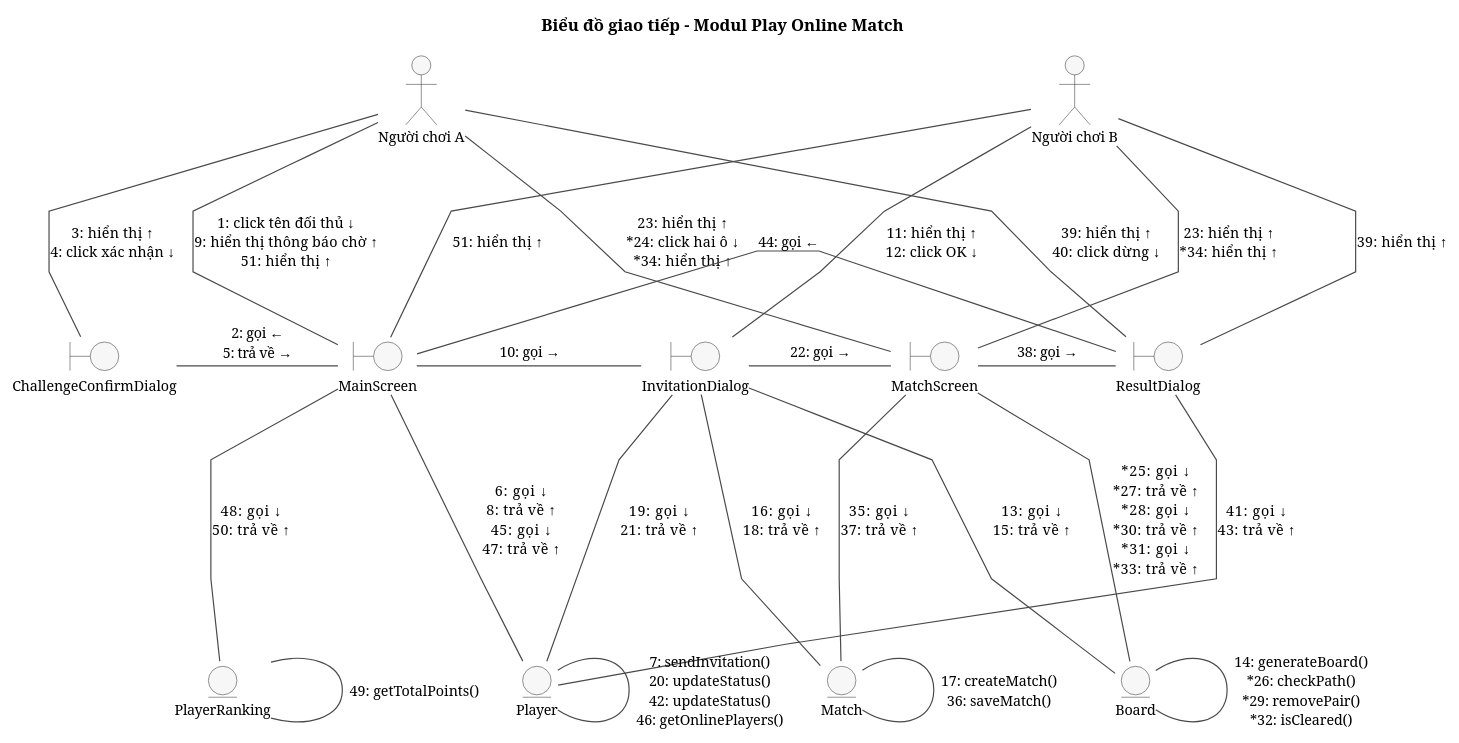
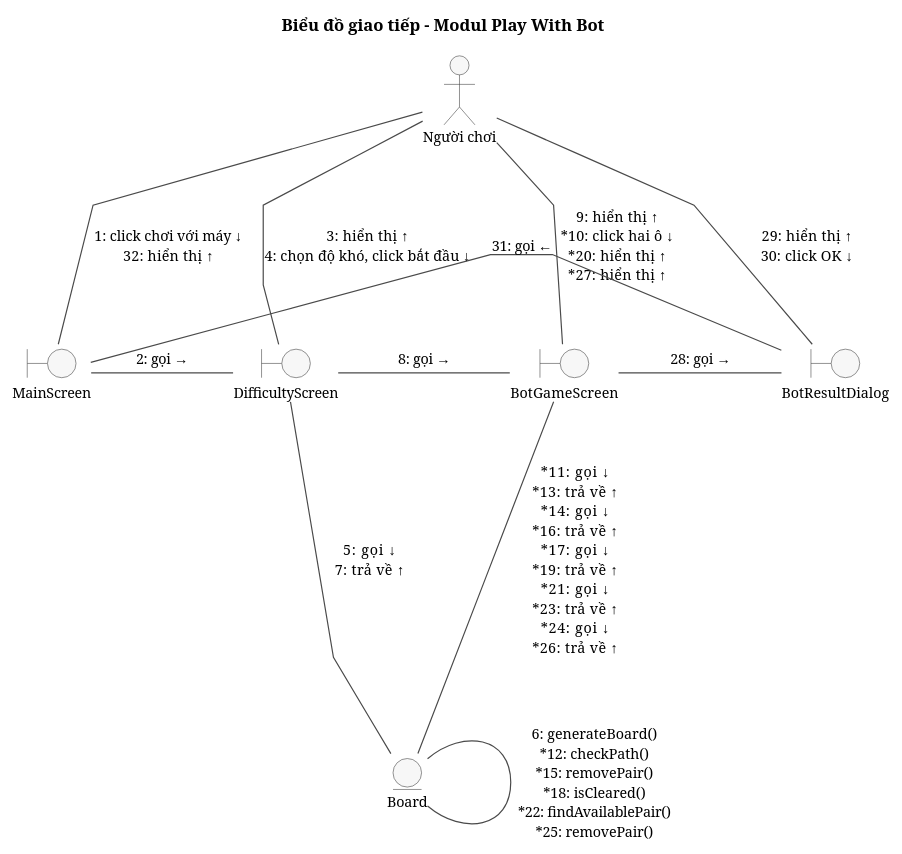
One commit to VattenL/mobile-pikachu changed the diagram in docs/uml/pha2/comm-m3.puml. Above: the diagram before and after it, drawn with PlantUML. The commit also changed 75 other files, not shown here.

```diff
--- a/docs/uml/pha2/comm-m3.puml
+++ b/docs/uml/pha2/comm-m3.puml
@@ -1,65 +1,43 @@
 @startuml comm-m3
-title Biểu đồ giao tiếp - Modul Play Online Match
+title Biểu đồ giao tiếp - Modul Play With Bot
 
 skinparam shadowing false
 skinparam linetype polyline
-skinparam nodesep 60
-skinparam ranksep 110
+skinparam nodesep 70
+skinparam ranksep 100
 skinparam defaultFontSize 12
 skinparam ArrowColor #4A4A4A
 skinparam actor {
   BackgroundColor #F7F7F7
   BorderColor #4A4A4A
 }
 skinparam boundary {
   BackgroundColor #F7F7F7
   BorderColor #4A4A4A
 }
 skinparam entity {
   BackgroundColor #F7F7F7
   BorderColor #4A4A4A
 }
 
-actor "Người chơi B" as B
-actor "Người chơi A" as A
+actor "Người chơi" as Actor
 
-boundary ChallengeConfirmDialog
 boundary MainScreen
-boundary InvitationDialog
-boundary MatchScreen
-boundary ResultDialog
+boundary DifficultyScreen
+boundary BotGameScreen
+boundary BotResultDialog
 
-entity Player
-entity PlayerRanking
-entity Match
 entity Board
 
-A -down- MainScreen : "1: click tên đối thủ ↓\n9: hiển thị thông báo chờ ↑\n51: hiển thị ↑"
-A -down- ChallengeConfirmDialog : "3: hiển thị ↑\n4: click xác nhận ↓"
-B -down- MainScreen : "51: hiển thị ↑"
-B -down- InvitationDialog : "11: hiển thị ↑\n12: click OK ↓"
-A -down- MatchScreen : "23: hiển thị ↑\n<U+002A>24: click hai ô ↓\n<U+002A>34: hiển thị ↑"
-B -down- MatchScreen : "23: hiển thị ↑\n<U+002A>34: hiển thị ↑"
-A -down- ResultDialog : "39: hiển thị ↑\n40: click dừng ↓"
-B -down- ResultDialog : "39: hiển thị ↑"
-
-ChallengeConfirmDialog -right- MainScreen : "2: gọi ←\n5: trả về →"
-MainScreen -right- InvitationDialog : "10: gọi →"
-InvitationDialog -right- MatchScreen : "22: gọi →"
-MatchScreen -right- ResultDialog : "38: gọi →"
-ResultDialog -[norank]- MainScreen : "44: gọi ←"
-
-MainScreen -down- Player : "6: gọi ↓\n8: trả về ↑\n45: gọi ↓\n47: trả về ↑"
-MainScreen -down- PlayerRanking : "48: gọi ↓\n50: trả về ↑"
-InvitationDialog -down- Board : "13: gọi ↓\n15: trả về ↑"
-InvitationDialog -down- Match : "16: gọi ↓\n18: trả về ↑"
-InvitationDialog -down- Player : "19: gọi ↓\n21: trả về ↑"
-MatchScreen -down- Board : "<U+002A>25: gọi ↓\n<U+002A>27: trả về ↑\n<U+002A>28: gọi ↓\n<U+002A>30: trả về ↑\n<U+002A>31: gọi ↓\n<U+002A>33: trả về ↑"
-MatchScreen -down- Match : "35: gọi ↓\n37: trả về ↑"
-ResultDialog -down- Player : "41: gọi ↓\n43: trả về ↑"
-
-Player -[norank]- Player : "7: sendInvitation()\n20: updateStatus()\n42: updateStatus()\n46: getOnlinePlayers()"
-PlayerRanking -[norank]- PlayerRanking : "49: getTotalPoints()"
-Match -[norank]- Match : "17: createMatch()\n36: saveMatch()"
-Board -[norank]- Board : "14: generateBoard()\n<U+002A>26: checkPath()\n<U+002A>29: removePair()\n<U+002A>32: isCleared()"
+Actor -down- MainScreen : "1: click chơi với máy ↓\n32: hiển thị ↑"
+Actor -down- DifficultyScreen : "3: hiển thị ↑\n4: chọn độ khó, click bắt đầu ↓"
+Actor -down- BotGameScreen : "9: hiển thị ↑\n<U+002A>10: click hai ô ↓\n<U+002A>20: hiển thị ↑\n<U+002A>27: hiển thị ↑"
+Actor -down- BotResultDialog : "29: hiển thị ↑\n30: click OK ↓"
+MainScreen -right- DifficultyScreen : "2: gọi →"
+DifficultyScreen -right- BotGameScreen : "8: gọi →"
+BotGameScreen -right- BotResultDialog : "28: gọi →"
+BotResultDialog -[norank]- MainScreen : "31: gọi ←"
+DifficultyScreen -down- Board : "5: gọi ↓\n7: trả về ↑"
+BotGameScreen -down- Board : "<U+002A>11: gọi ↓\n<U+002A>13: trả về ↑\n<U+002A>14: gọi ↓\n<U+002A>16: trả về ↑\n<U+002A>17: gọi ↓\n<U+002A>19: trả về ↑\n<U+002A>21: gọi ↓\n<U+002A>23: trả về ↑\n<U+002A>24: gọi ↓\n<U+002A>26: trả về ↑"
+Board -right- Board : "6: generateBoard()\n<U+002A>12: checkPath()\n<U+002A>15: removePair()\n<U+002A>18: isCleared()\n<U+002A>22: findAvailablePair()\n<U+002A>25: removePair()"
 @enduml
```
